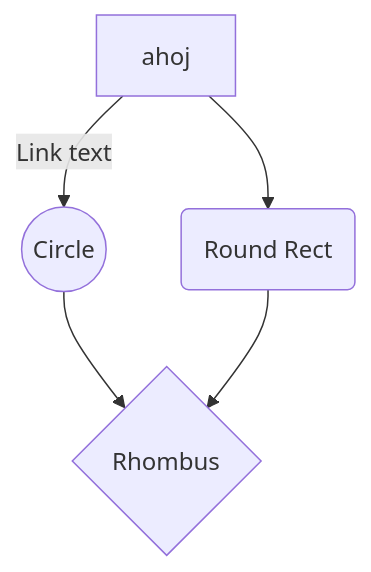
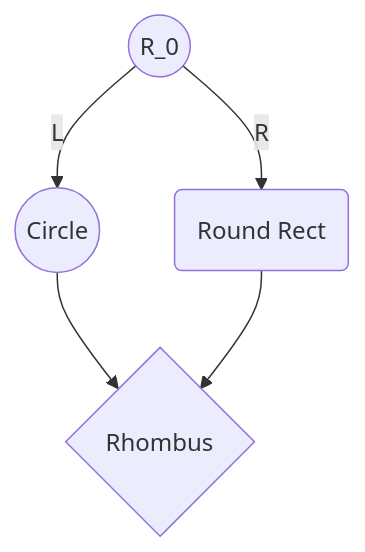
The diagram in clanek.md (chazzka/clanekforest), drawn with Mermaid before and after one commit. The commit also changed other lines of this file, not shown here.

````diff
--- a/clanek.md
+++ b/clanek.md
@@ -243,7 +243,7 @@
 ```mermaid
 graph TB
-A[ ahoj] -- Link text --> B((Circle))
-A --> C(Round Rect)
+A((R_0)) -- L --> B((Circle))
+A -- R --> C(Round Rect)
 B --> D{Rhombus}
 C --> D
 ```
````
